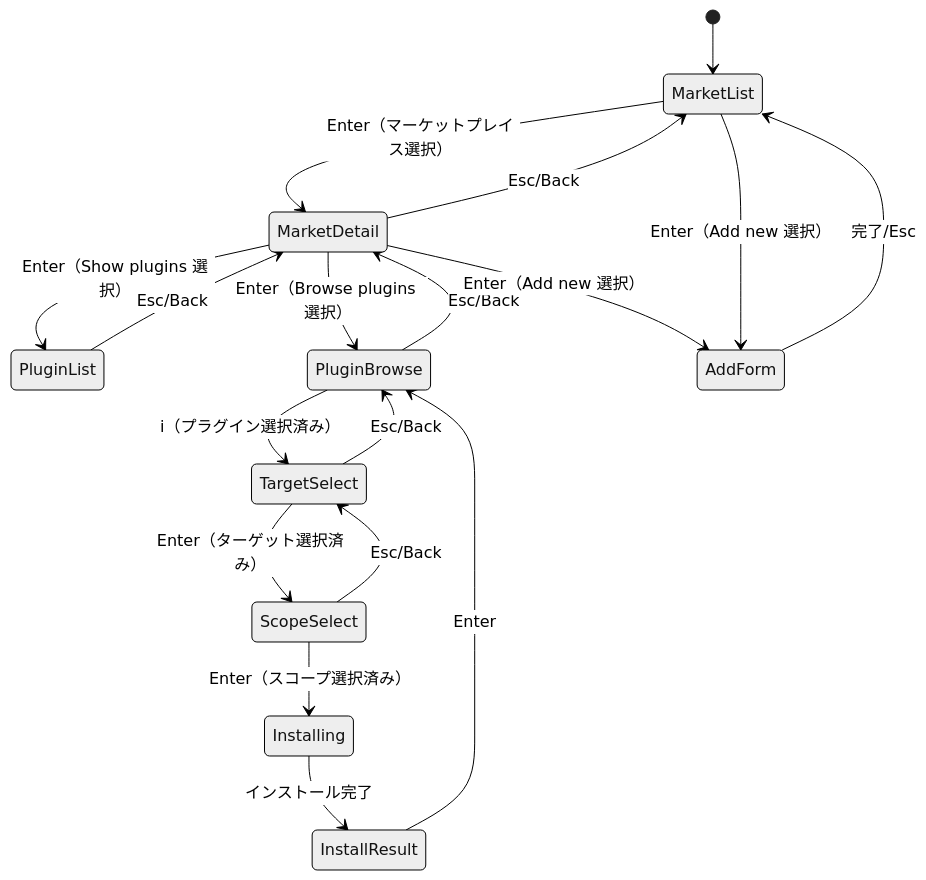
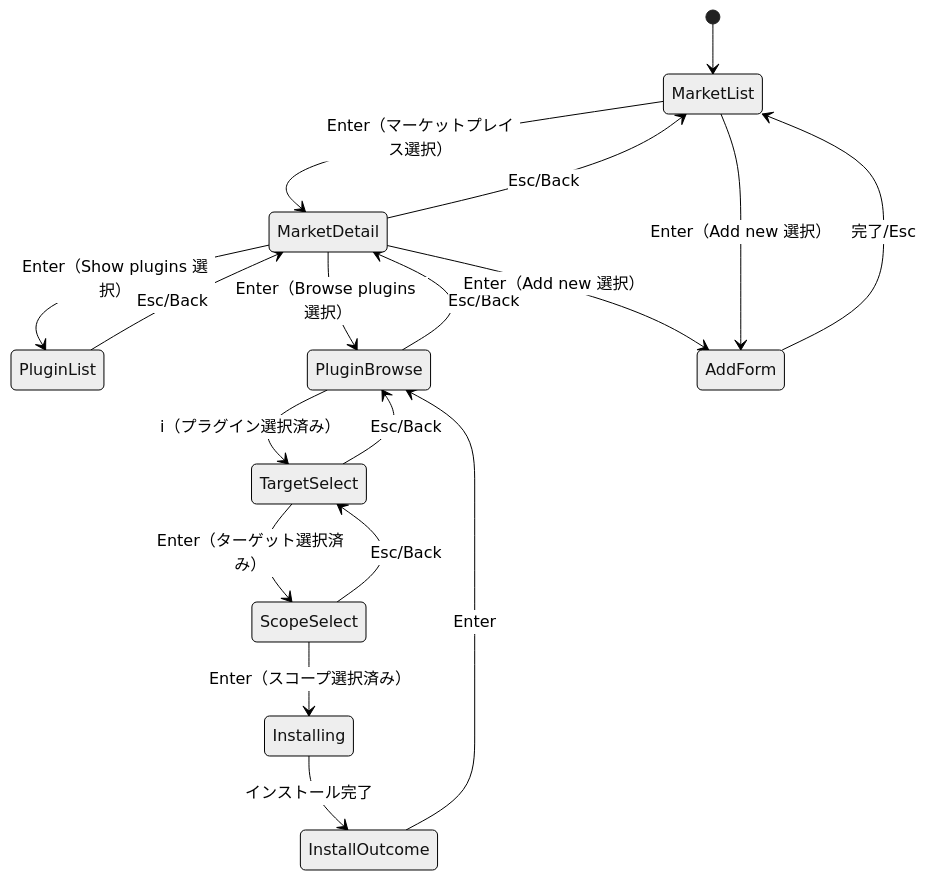
The second of 3 diagrams in docs/design-marketplace-browse-install.md (DIO0550/plugin-manager), drawn with Mermaid (neutral theme) before and after one commit. The commit also changed other lines of this file and 3 other files, not shown here.

First line of the commit message:
:memo: [Docs]: #273 follow-up rename in design docs (module-structure-after-035, design-marketplace-browse-install, etc.)

````diff
--- a/docs/design-marketplace-browse-install.md
+++ b/docs/design-marketplace-browse-install.md
@@ -260,20 +260,20 @@
 ```mermaid
 stateDiagram-v2
     [*] --> MarketList
     MarketList --> MarketDetail : Enter（マーケットプレイス選択）
     MarketDetail --> MarketList : Esc/Back
     MarketDetail --> PluginList : Enter（Show plugins 選択）
     PluginList --> MarketDetail : Esc/Back
     MarketDetail --> PluginBrowse : Enter（Browse plugins 選択）
     PluginBrowse --> MarketDetail : Esc/Back
     PluginBrowse --> TargetSelect : i（プラグイン選択済み）
     TargetSelect --> PluginBrowse : Esc/Back
     TargetSelect --> ScopeSelect : Enter（ターゲット選択済み）
     ScopeSelect --> TargetSelect : Esc/Back
     ScopeSelect --> Installing : Enter（スコープ選択済み）
-    Installing --> InstallResult : インストール完了
-    InstallResult --> PluginBrowse : Enter
+    Installing --> InstallOutcome : インストール完了
+    InstallOutcome --> PluginBrowse : Enter
     MarketDetail --> AddForm : Enter（Add new 選択）
     AddForm --> MarketList : 完了/Esc
     MarketList --> AddForm : Enter（Add new 選択）
 ```
````
